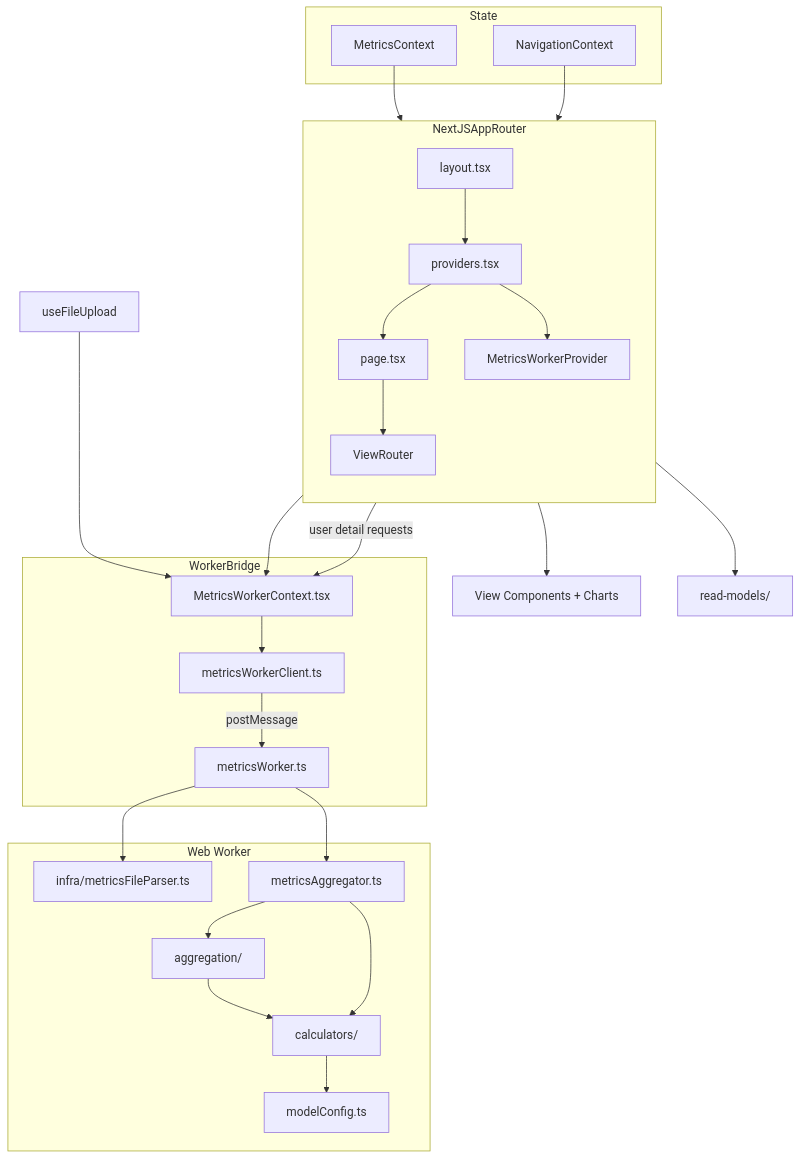
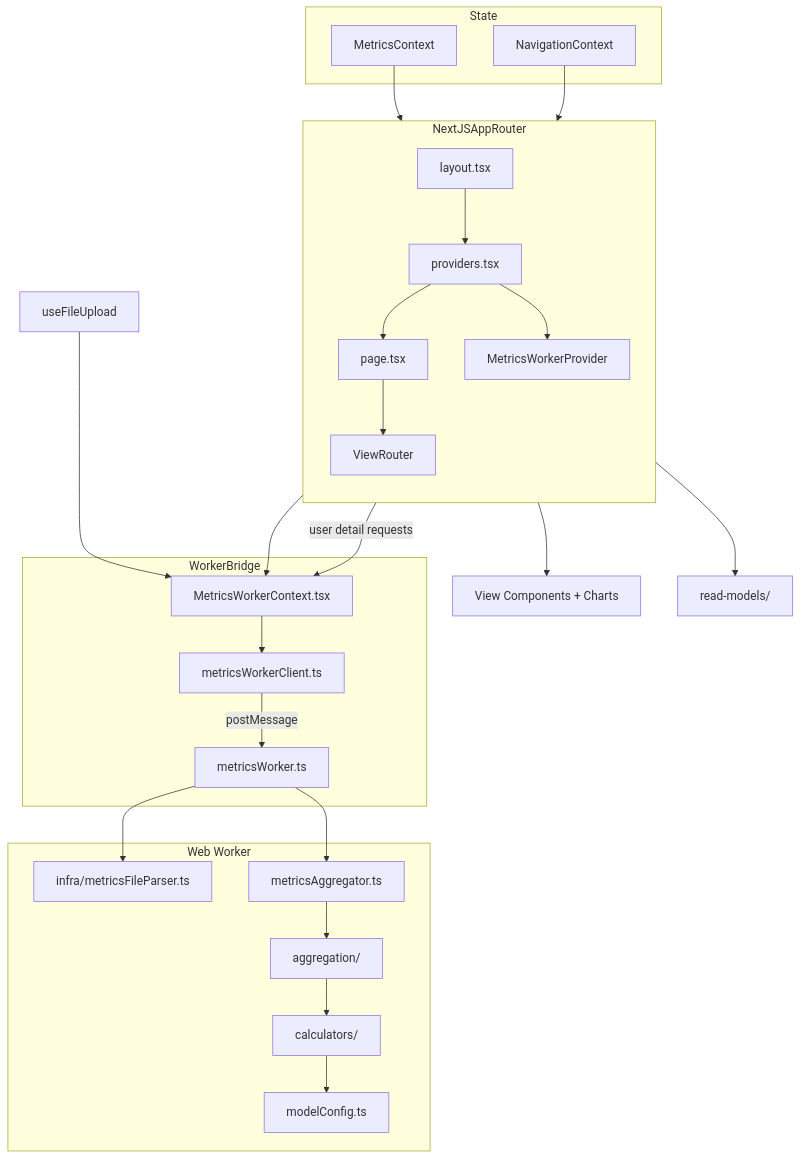
Before and after one commit to asizikov-demos/copilot-user-level-statistics-viewer: the second of 2 diagrams in docs/project-overview.md, drawn with Mermaid. The commit also changed other lines of this file and 9 other files, not shown here.

````diff
--- a/docs/project-overview.md
+++ b/docs/project-overview.md
@@ -126,47 +126,46 @@
 ```mermaid
 flowchart TB
 	subgraph NextJSAppRouter
 		direction TB
 		L[layout.tsx] --> P[providers.tsx]
 		P --> H[page.tsx]
 		H --> VR[ViewRouter]
 		P --> MWP[MetricsWorkerProvider]
 	end
 
 	subgraph State
 		MC[MetricsContext]
 		NC[NavigationContext]
 	end
 
 	subgraph WebWorker[Web Worker]
 		MFP[infra/metricsFileParser.ts]
 		MA[metricsAggregator.ts]
 		AGG[aggregation/]
 		CALC[calculators/]
 		MConf[modelConfig.ts]
 	end
 
 	subgraph WorkerBridge
 		MWC[MetricsWorkerContext.tsx]
 		WC[metricsWorkerClient.ts]
 		WT[metricsWorker.ts]
 	end
 
 	VR --> Views[View Components + Charts]
 	VR --> RM[read-models/]
 
 	MWP --> MWC
 	MWC --> WC
 	UFU[useFileUpload] --> MWC
 	VR -->|user detail requests| MWC
 	WC -->|postMessage| WT
 	WT --> MFP
 	WT --> MA
 	MA --> AGG
 	AGG --> CALC
-	MA --> CALC
 	CALC --> MConf
 
 	MC --> VR
 	NC --> VR
 ```
````
